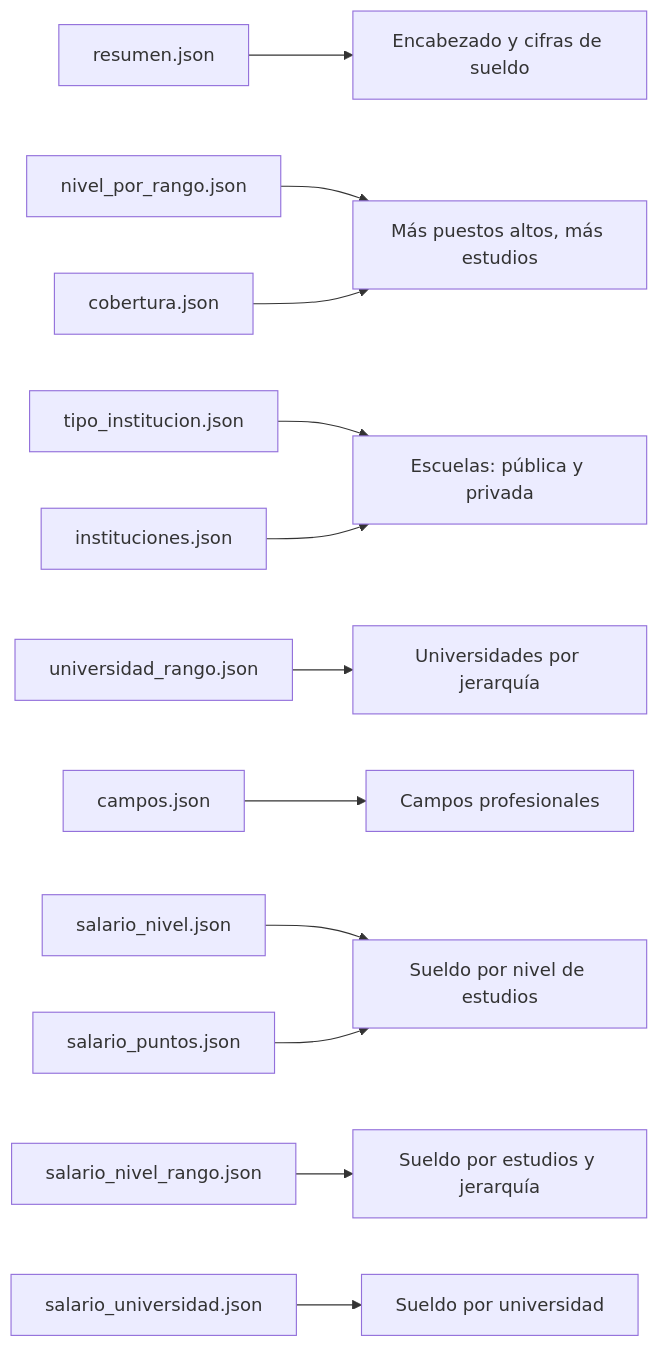
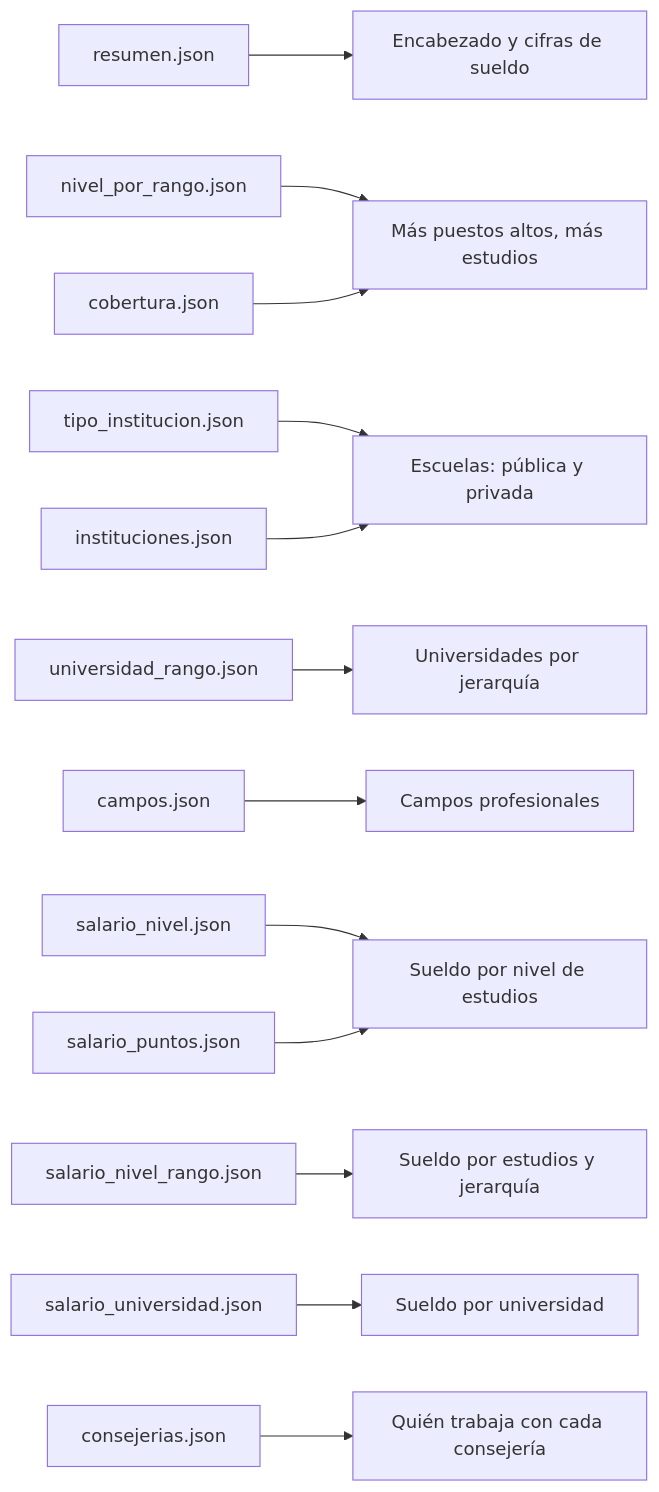
The fourth of 4 diagrams in README.md (jmtoral/mandarines), drawn with Mermaid before and after one commit. The commit also changed other lines of this file and 2 other files, not shown here.

Commit message:
Consejerias: seccion por oficina; mediana integrada en la grafica de sueldos

````diff
--- a/README.md
+++ b/README.md
@@ -131,14 +141,15 @@
 ```mermaid
 flowchart LR
     R["resumen.json"] --> S0["Encabezado y cifras de sueldo"]
     NR["nivel_por_rango.json"] --> S1["Más puestos altos, más estudios"]
     CO["cobertura.json"] --> S1
     TI["tipo_institucion.json"] --> S2["Escuelas: pública y privada"]
     IN["instituciones.json"] --> S2
     UR["universidad_rango.json"] --> S3["Universidades por jerarquía"]
     CA["campos.json"] --> S4["Campos profesionales"]
     SN["salario_nivel.json"] --> S5["Sueldo por nivel de estudios"]
     SP["salario_puntos.json"] --> S5
     SR["salario_nivel_rango.json"] --> S6["Sueldo por estudios y jerarquía"]
     SU["salario_universidad.json"] --> S7["Sueldo por universidad"]
+    CJ["consejerias.json"] --> S8["Quién trabaja con cada consejería"]
 ```
````
